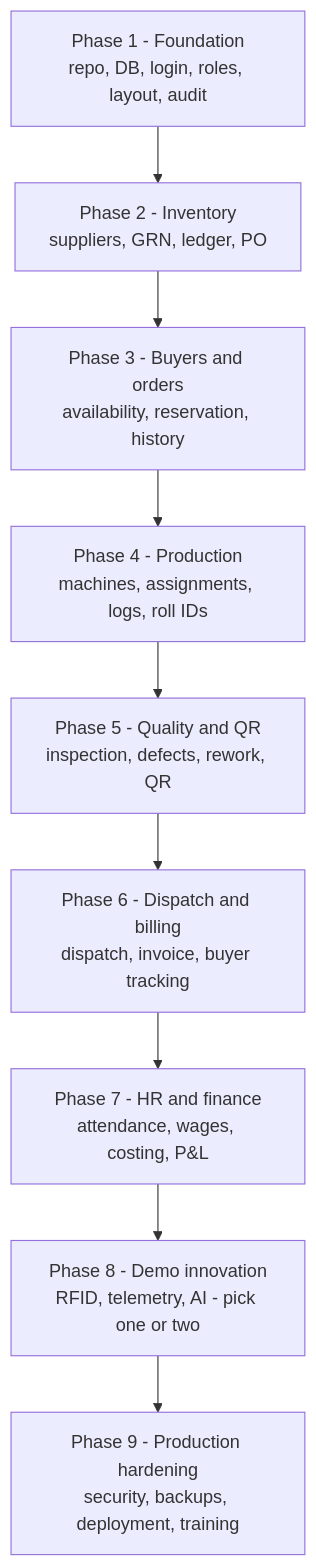
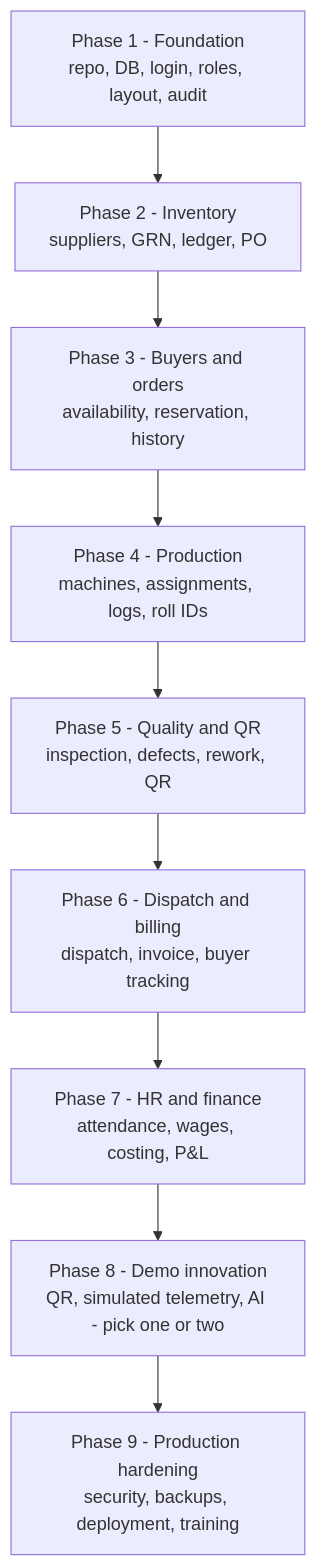
Before and after one commit to Shreya1083/TextileManagement: diagram 15 of 19 in README.md, drawn with Mermaid. The commit also changed other lines of this file and 83 other files, not shown here.

````diff
--- a/README.md
+++ b/README.md
@@ -1151,13 +1150,13 @@
 ```mermaid
 flowchart TD
     P1["Phase 1 - Foundation<br/>repo, DB, login, roles, layout, audit"]
     P2["Phase 2 - Inventory<br/>suppliers, GRN, ledger, PO"]
     P3["Phase 3 - Buyers and orders<br/>availability, reservation, history"]
     P4["Phase 4 - Production<br/>machines, assignments, logs, roll IDs"]
     P5["Phase 5 - Quality and QR<br/>inspection, defects, rework, QR"]
     P6["Phase 6 - Dispatch and billing<br/>dispatch, invoice, buyer tracking"]
     P7["Phase 7 - HR and finance<br/>attendance, wages, costing, P&L"]
-    P8["Phase 8 - Demo innovation<br/>RFID, telemetry, AI - pick one or two"]
+    P8["Phase 8 - Demo innovation<br/>QR, simulated telemetry, AI - pick one or two"]
     P9["Phase 9 - Production hardening<br/>security, backups, deployment, training"]
     P1 --> P2 --> P3 --> P4 --> P5 --> P6 --> P7 --> P8 --> P9
 ```
````
